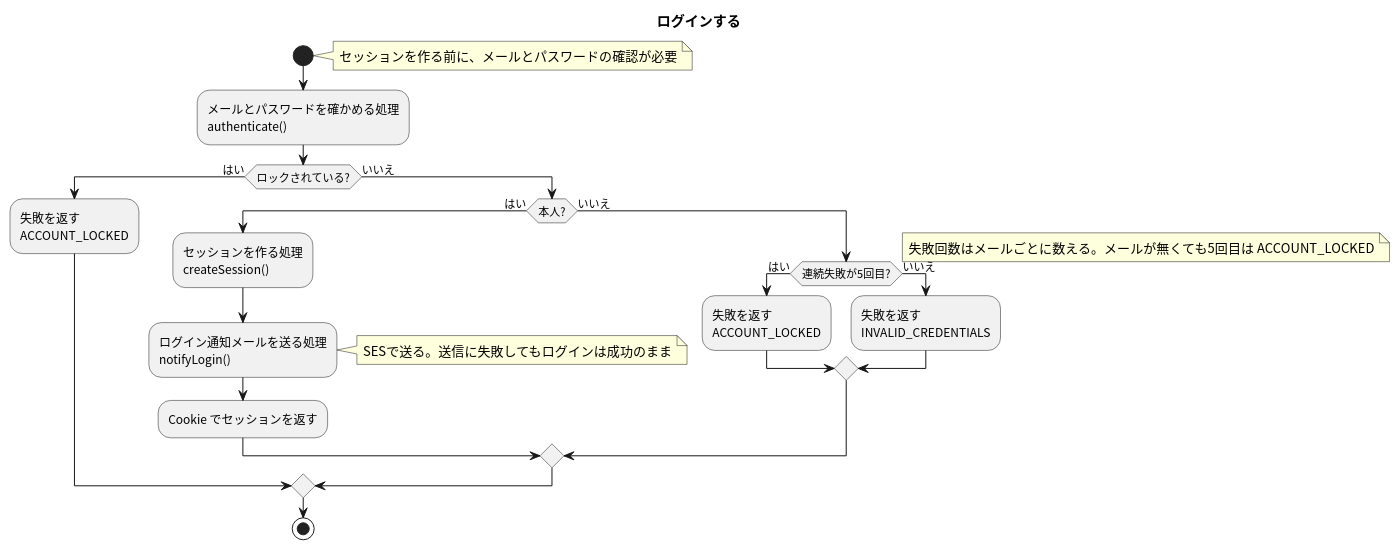
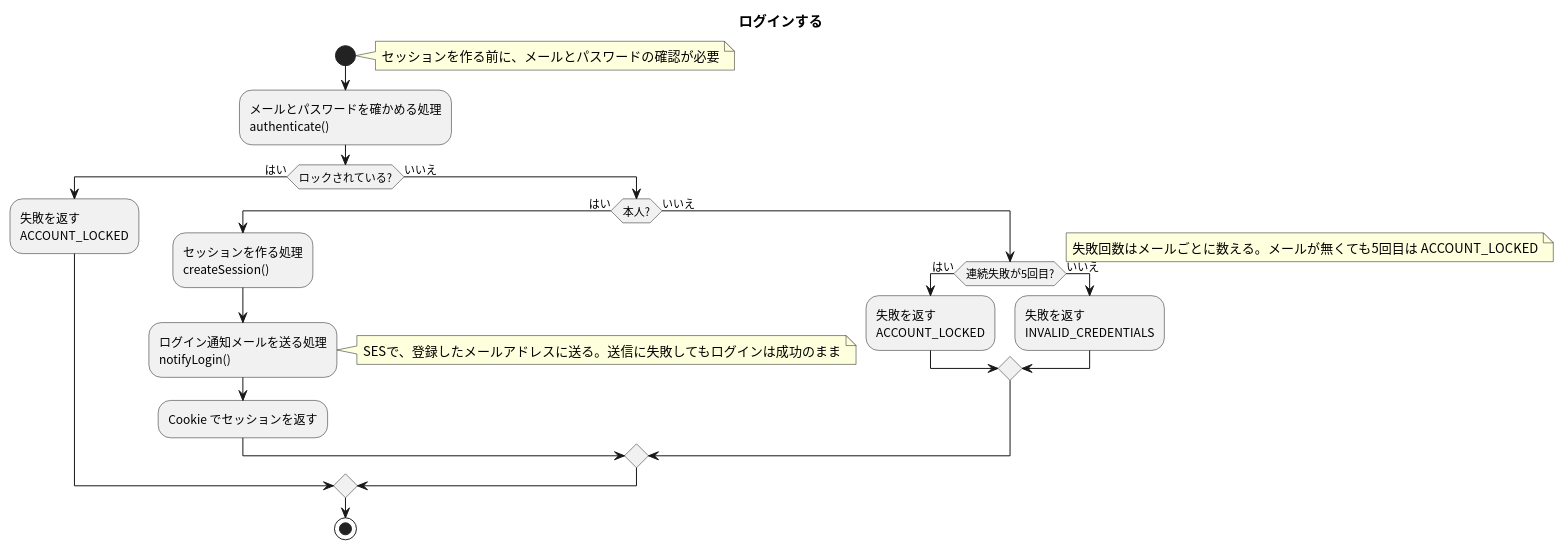
Before and after one commit to masamasamasato/design-doc-template: the diagram in apis/login/flow.puml, drawn with PlantUML. The commit also changed 11 other files, not shown here.

```diff
--- a/apis/login/flow.puml
+++ b/apis/login/flow.puml
@@ -3,29 +3,29 @@
 @startuml
 skinparam shadowing false
 skinparam defaultFontName "Noto Sans CJK JP"
 skinparam ActivityFontName "Noto Sans CJK JP"
 
 title ログインする
 
 start
 note right: セッションを作る前に、メールとパスワードの確認が必要
 :メールとパスワードを確かめる処理\nauthenticate();
 if (ロックされている?) then (はい)
   :失敗を返す\nACCOUNT_LOCKED;
 else (いいえ)
   if (本人?) then (はい)
     :セッションを作る処理\ncreateSession();
     :ログイン通知メールを送る処理\nnotifyLogin();
-    note right: SESで送る。送信に失敗してもログインは成功のまま
+    note right: SESで、登録したメールアドレスに送る。送信に失敗してもログインは成功のまま
     :Cookie でセッションを返す;
   else (いいえ)
     if (連続失敗が5回目?) then (はい)
       :失敗を返す\nACCOUNT_LOCKED;
     else (いいえ)
       :失敗を返す\nINVALID_CREDENTIALS;
     endif
     note right: 失敗回数はメールごとに数える。メールが無くても5回目は ACCOUNT_LOCKED
   endif
 endif
 stop
 @enduml
```
